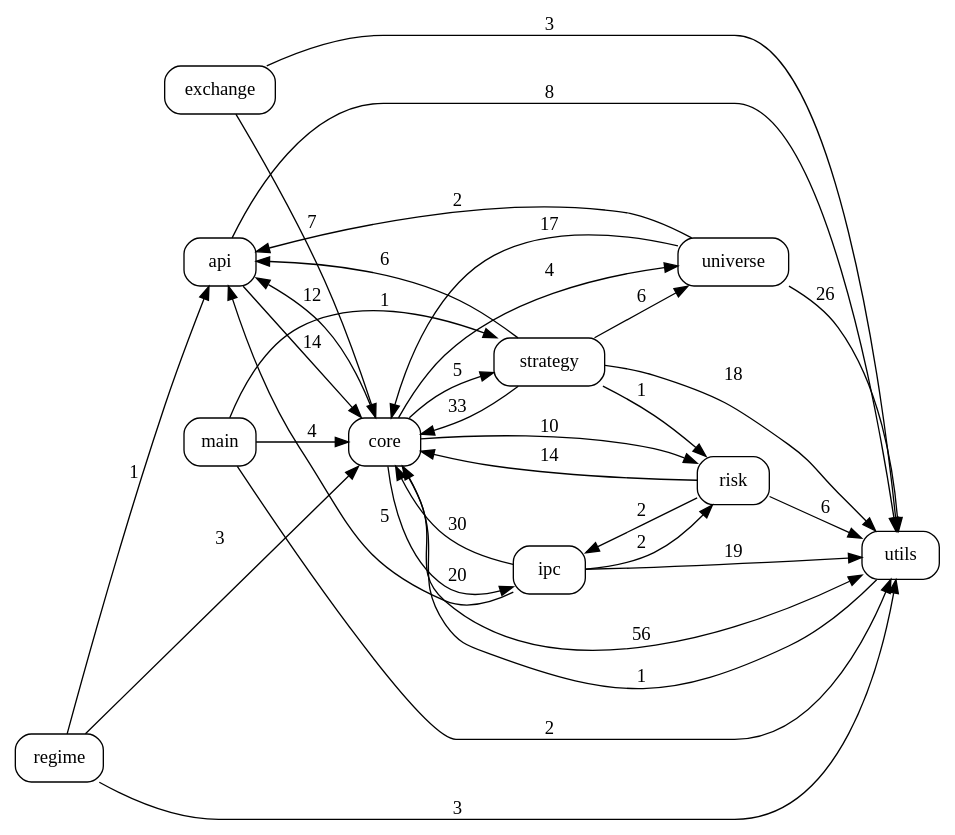
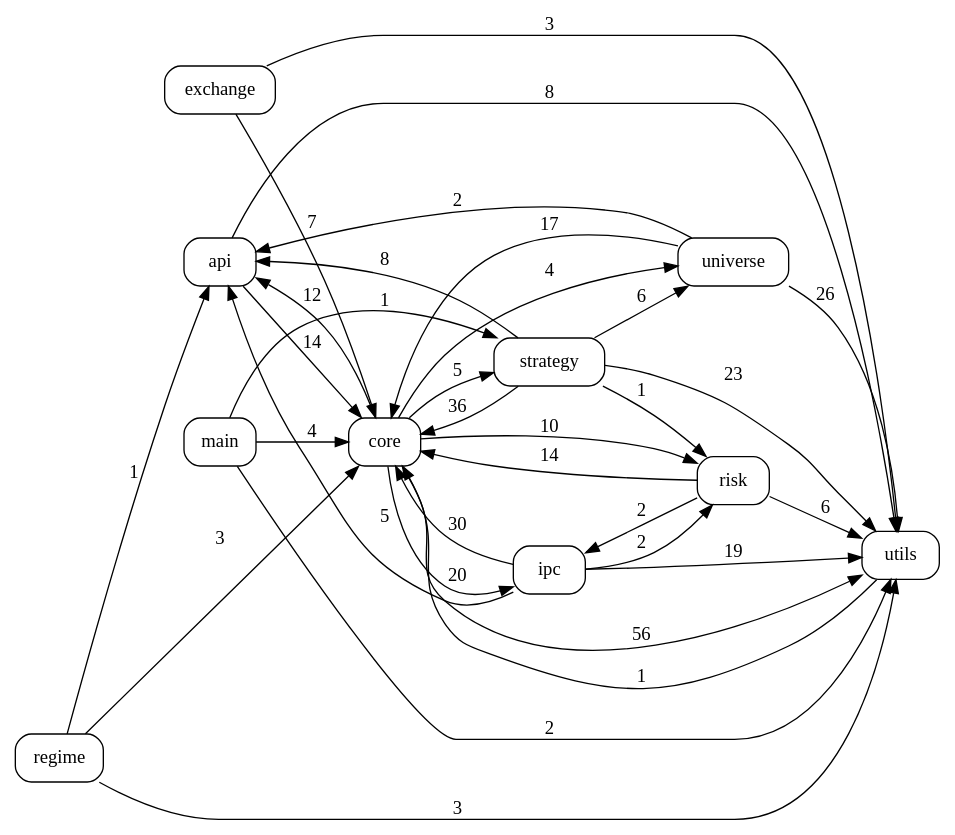
Before and after one commit to pypy8171/Quant: the diagram in docs/code_graph.dot, drawn with Graphviz. The commit also changed 25 other files, not shown here.

```diff
--- a/docs/code_graph.dot
+++ b/docs/code_graph.dot
@@ -1,46 +1,46 @@
 digraph code_graph {
   rankdir=LR;
   node [shape=box, style=rounded, fontname="Consolas"];
   "api";
   "core";
   "exchange";
   "ipc";
   "main";
   "regime";
   "risk";
   "strategy";
   "universe";
   "utils";
   "api" -> "core" [label="14"];
   "api" -> "utils" [label="8"];
   "core" -> "api" [label="12"];
   "core" -> "ipc" [label="20"];
   "core" -> "risk" [label="10"];
   "core" -> "strategy" [label="5"];
   "core" -> "universe" [label="4"];
   "core" -> "utils" [label="56"];
   "exchange" -> "core" [label="7"];
   "exchange" -> "utils" [label="3"];
   "ipc" -> "api" [label="5"];
   "ipc" -> "core" [label="30"];
   "ipc" -> "risk" [label="2"];
   "ipc" -> "utils" [label="19"];
   "main" -> "core" [label="4"];
   "main" -> "strategy" [label="1"];
   "main" -> "utils" [label="2"];
   "regime" -> "api" [label="1"];
   "regime" -> "core" [label="3"];
   "regime" -> "utils" [label="3"];
   "risk" -> "core" [label="14"];
   "risk" -> "ipc" [label="2"];
   "risk" -> "utils" [label="6"];
-  "strategy" -> "api" [label="6"];
-  "strategy" -> "core" [label="33"];
+  "strategy" -> "api" [label="8"];
+  "strategy" -> "core" [label="36"];
   "strategy" -> "risk" [label="1"];
   "strategy" -> "universe" [label="6"];
-  "strategy" -> "utils" [label="18"];
+  "strategy" -> "utils" [label="23"];
   "universe" -> "api" [label="2"];
   "universe" -> "core" [label="17"];
   "universe" -> "utils" [label="26"];
   "utils" -> "core" [label="1"];
 }
```
